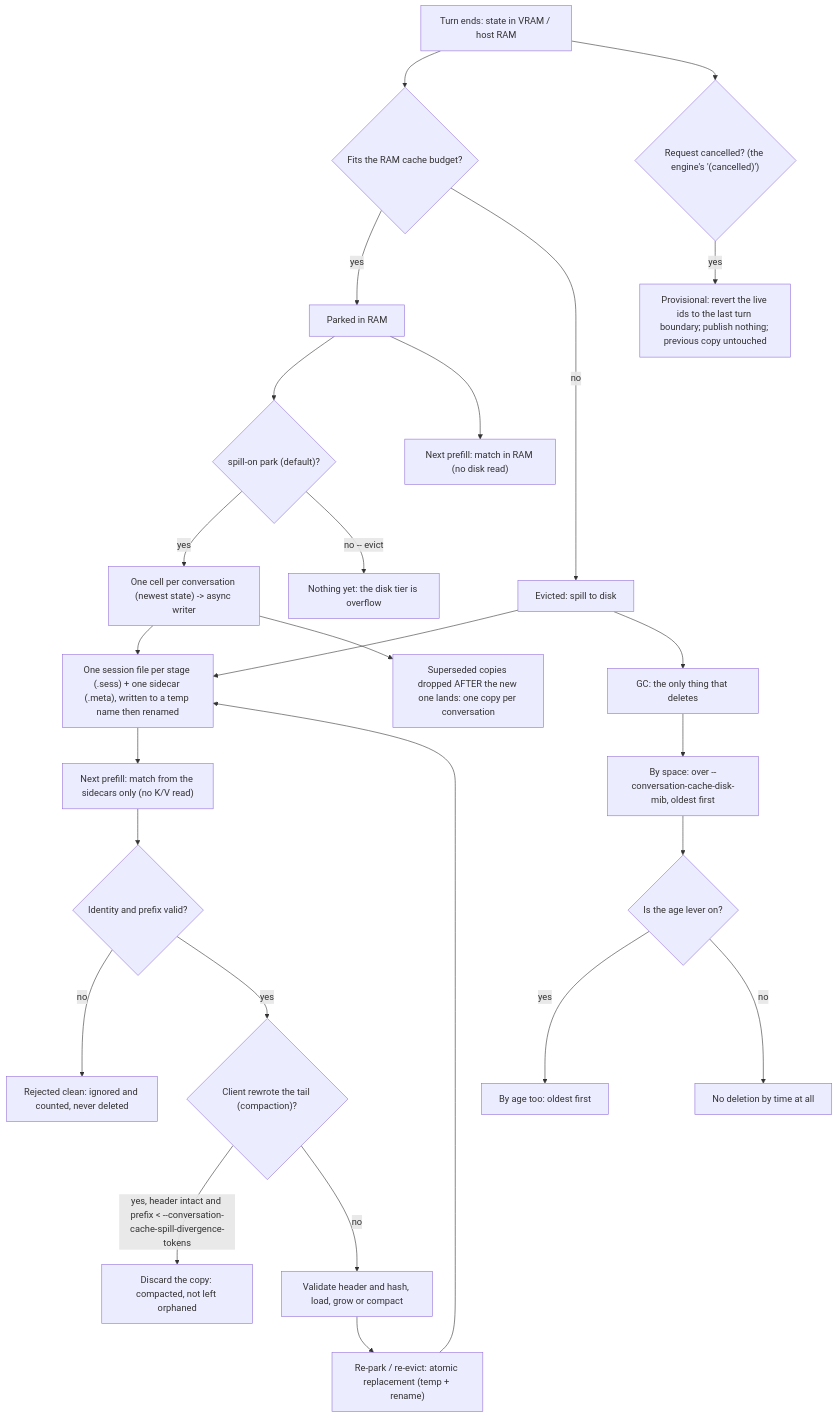
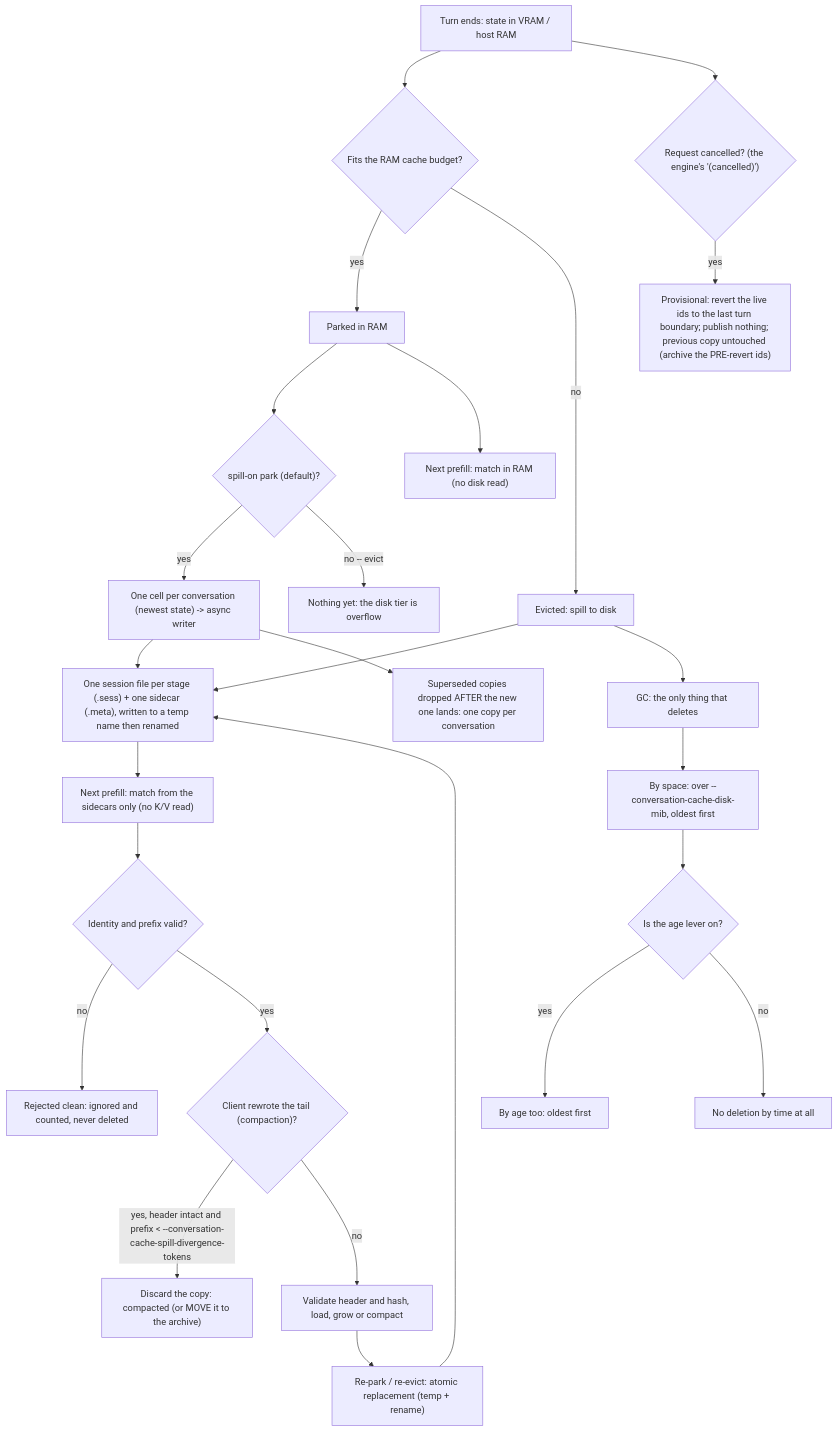
Before and after one commit to shahrokhzargarpour/Strata: the first of 3 diagrams in docs/SPILL_AND_PROMPT_CACHE.md, drawn with Mermaid. The commit also changed other lines of this file and 5 other files, not shown here.

First line of the commit message:
disk tier: archive (not delete) the parking copy in the three paths that discard it, opt-in

````diff
--- a/docs/SPILL_AND_PROMPT_CACHE.md
+++ b/docs/SPILL_AND_PROMPT_CACHE.md
@@ -35,28 +35,28 @@
 ```mermaid
 flowchart TD
     A["Turn ends: state in VRAM / host RAM"] --> B{"Fits the RAM cache budget?"}
     B -->|yes| C["Parked in RAM"]
     B -->|no| D["Evicted: spill to disk"]
     C --> M{"spill-on park (default)?"}
     M -->|yes| N["One cell per conversation (newest state) -> async writer"]
     M -->|no -- evict| P["Nothing yet: the disk tier is overflow"]
     N --> E["One session file per stage (.sess) + one sidecar (.meta), written to a temp name then renamed"]
     N --> Q["Superseded copies dropped AFTER the new one lands: one copy per conversation"]
     D --> E
     E --> G["Next prefill: match from the sidecars only (no K/V read)"]
     C --> F["Next prefill: match in RAM (no disk read)"]
     G --> H{"Identity and prefix valid?"}
     H -->|no| I["Rejected clean: ignored and counted, never deleted"]
     H -->|yes| R{"Client rewrote the tail (compaction)?"}
-    R -->|yes, header intact and prefix < --conversation-cache-spill-divergence-tokens| S["Discard the copy: compacted, not left orphaned"]
+    R -->|yes, header intact and prefix < --conversation-cache-spill-divergence-tokens| S["Discard the copy: compacted (or MOVE it to the archive)"]
     R -->|no| J["Validate header and hash, load, grow or compact"]
     J --> K["Re-park / re-evict: atomic replacement (temp + rename)"]
     K --> E
     D --> L["GC: the only thing that deletes"]
     L --> T["By space: over --conversation-cache-disk-mib, oldest first"]
     T --> U{"Is the age lever on?"}
     U -->|yes| V["By age too: oldest first"]
     U -->|no| W["No deletion by time at all"]
     A --> X{"Request cancelled? (the engine's '(cancelled)')"}
-    X -->|yes| Y["Provisional: revert the live ids to the last turn boundary; publish nothing; previous copy untouched"]
+    X -->|yes| Y["Provisional: revert the live ids to the last turn boundary; publish nothing; previous copy untouched (archive the PRE-revert ids)"]
 ```
````
